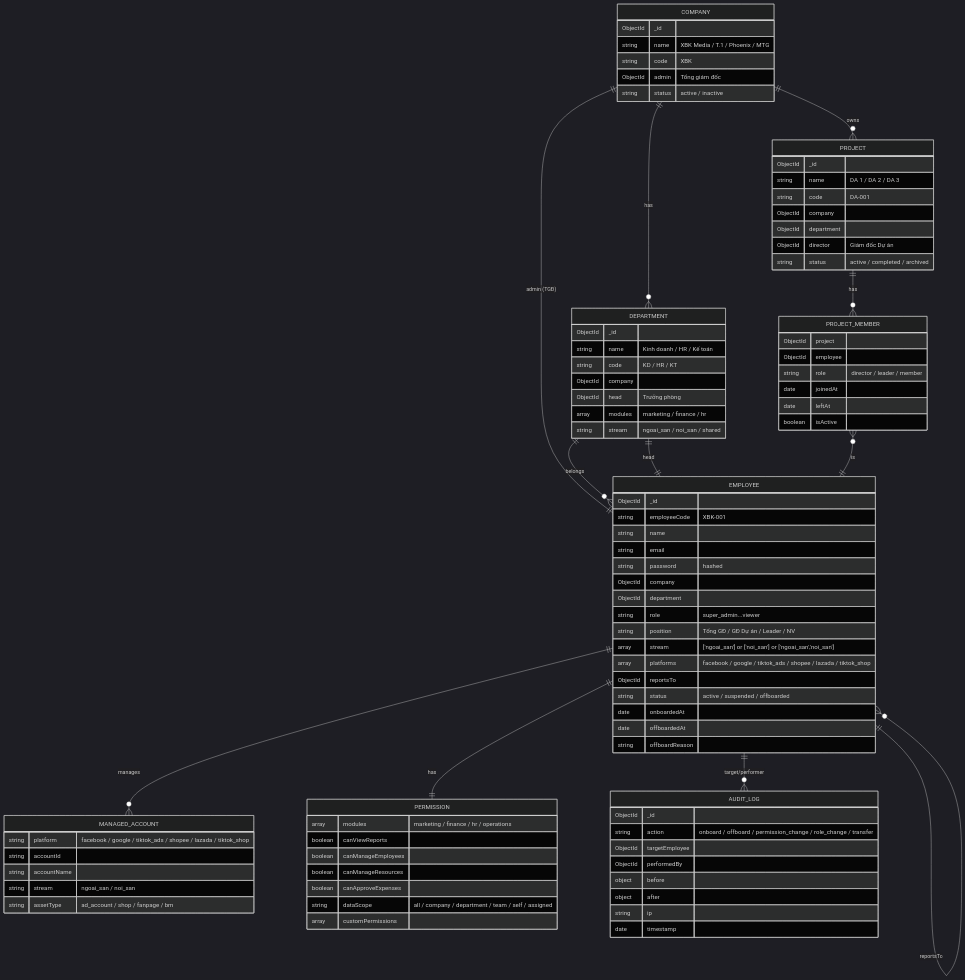
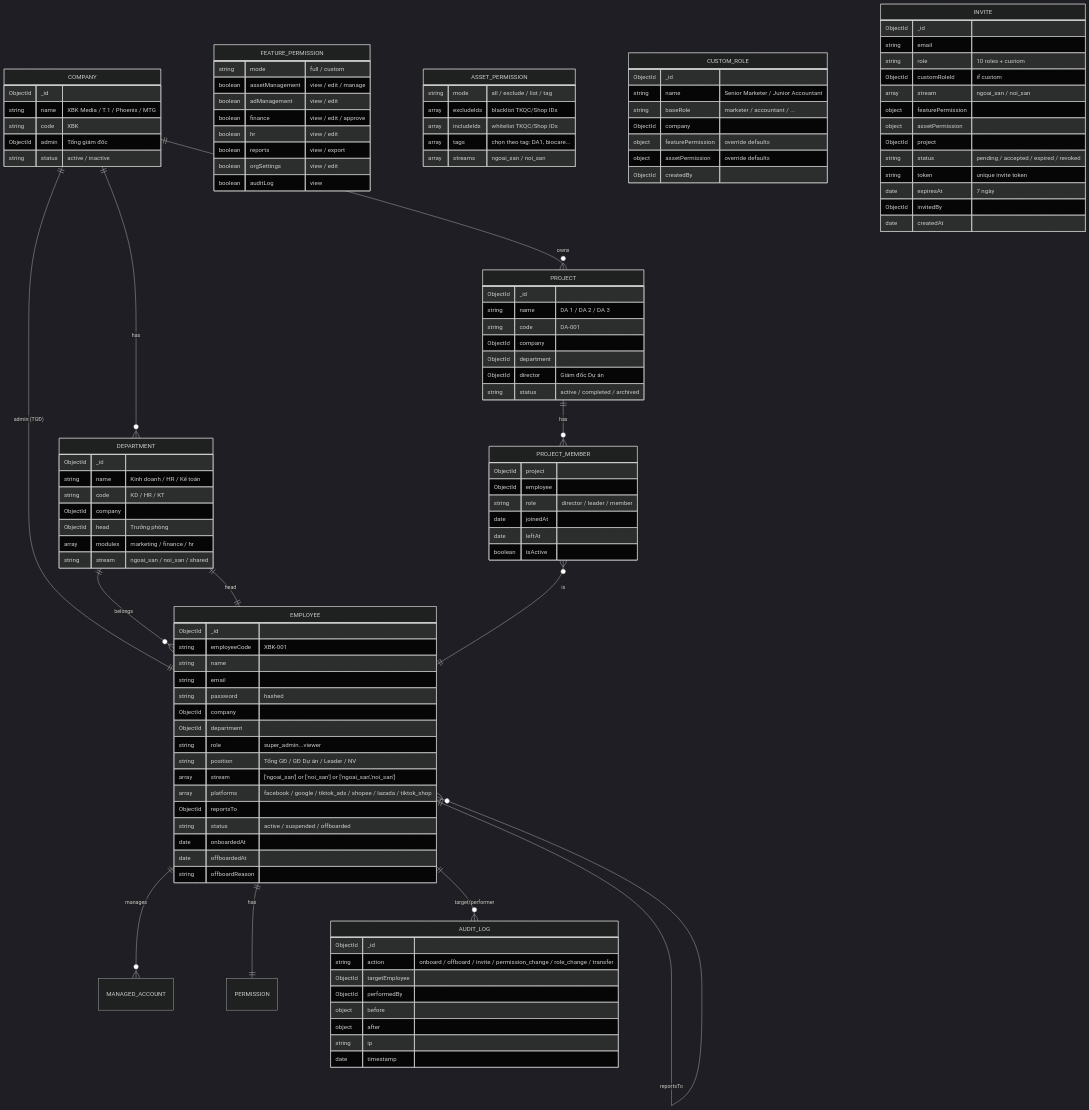
One commit to cucucha113-dotcom/Xcap-Management-Platform changed the first of 10 diagrams in docs/system-diagrams/account_system_diagram.md. Above: the diagram before and after it, drawn with Mermaid (dark theme). The commit also changed other lines of this file, not shown here.

First line of the commit message:
📐 Account System v2: Custom Role + Feature/Asset Permission + Invite/CSV

````diff
--- a/docs/system-diagrams/account_system_diagram.md
+++ b/docs/system-diagrams/account_system_diagram.md
@@ -83,19 +83,54 @@
         string offboardReason
     }
     
-    PERMISSION {
-        array modules "marketing / finance / hr / operations"
-        boolean canViewReports
-        boolean canManageEmployees
-        boolean canManageResources
-        boolean canApproveExpenses
-        string dataScope "all / company / department / team / self / assigned"
-        array customPermissions
+    FEATURE_PERMISSION {
+        string mode "full / custom"
+        boolean assetManagement "view / edit / manage"
+        boolean adManagement "view / edit"
+        boolean finance "view / edit / approve"
+        boolean hr "view / edit"
+        boolean reports "view / export"
+        boolean orgSettings "view / edit"
+        boolean auditLog "view"
+    }
+    
+    ASSET_PERMISSION {
+        string mode "all / exclude / list / tag"
+        array excludeIds "blacklist TKQC/Shop IDs"
+        array includeIds "whitelist TKQC/Shop IDs"
+        array tags "chọn theo tag: DA1, biocare..."
+        array streams "ngoai_san / noi_san"
+    }
+    
+    CUSTOM_ROLE {
+        ObjectId _id
+        string name "Senior Marketer / Junior Accountant"
+        string baseRole "marketer / accountant / ..."
+        ObjectId company
+        object featurePermission "override defaults"
+        object assetPermission "override defaults"
+        ObjectId createdBy
+    }
+    
+    INVITE {
+        ObjectId _id
+        string email
+        string role "10 roles + custom"
+        ObjectId customRoleId "if custom"
+        array stream "ngoai_san / noi_san"
+        object featurePermission
+        object assetPermission
+        ObjectId project
+        string status "pending / accepted / expired / revoked"
+        string token "unique invite token"
+        date expiresAt "7 ngày"
+        ObjectId invitedBy
+        date createdAt
     }
     
     AUDIT_LOG {
         ObjectId _id
-        string action "onboard / offboard / permission_change / role_change / transfer"
+        string action "onboard / offboard / invite / permission_change / role_change / transfer"
         ObjectId targetEmployee
         ObjectId performedBy
         object before
@@ -103,12 +138,4 @@
         string ip
         date timestamp
     }
-    
-    MANAGED_ACCOUNT {
-        string platform "facebook / google / tiktok_ads / shopee / lazada / tiktok_shop"
-        string accountId
-        string accountName
-        string stream "ngoai_san / noi_san"
-        string assetType "ad_account / shop / fanpage / bm"
-    }
 ```
````
